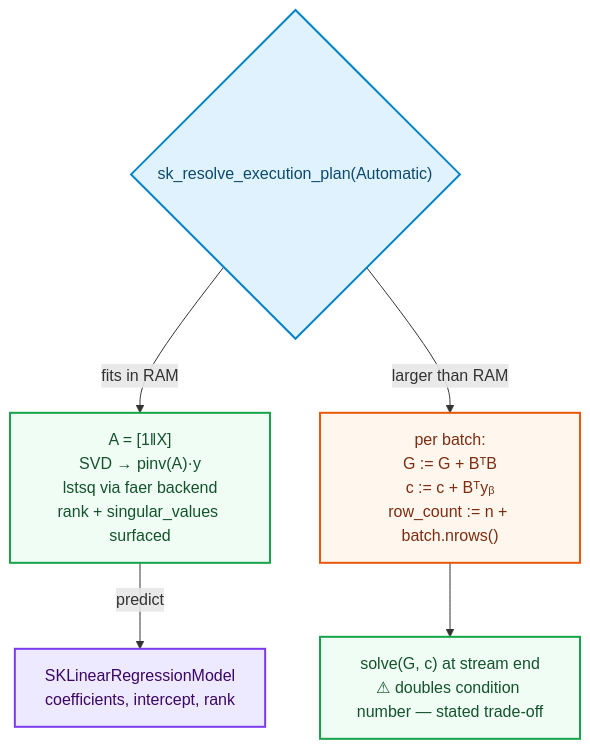
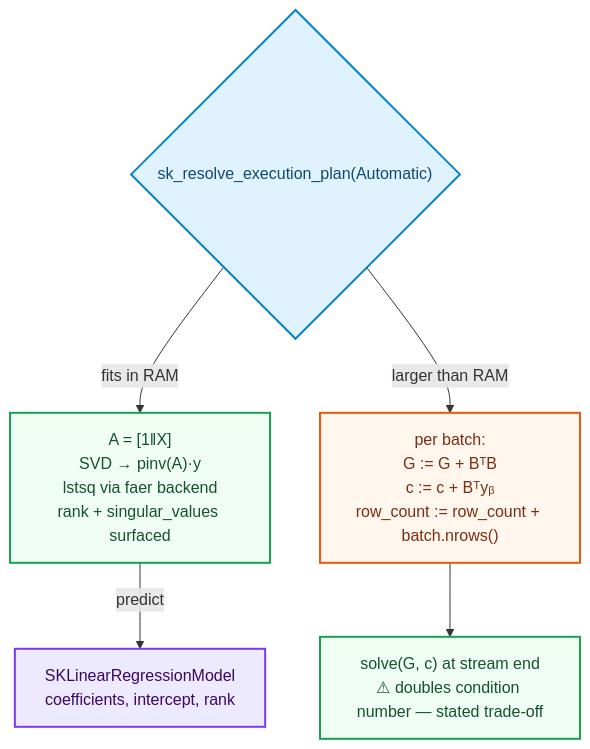
Before and after one commit to neurono-ml/sciencekit: the diagram in docs/src/tutorials/adding-a-linear-model.md, drawn with Mermaid. The commit also changed other lines of this file and 5 other files, not shown here.

````diff
--- a/docs/src/tutorials/adding-a-linear-model.md
+++ b/docs/src/tutorials/adding-a-linear-model.md
@@ -24,13 +25,13 @@
 ```mermaid
 flowchart TB
     classDef planNode fill:#e0f2fe,stroke:#0284c7,color:#0c4a6e,stroke-width:2px
     classDef jacNode fill:#f0fdf4,stroke:#16a34a,color:#14532d,stroke-width:2px
     classDef streamNode fill:#fff7ed,stroke:#ea580c,color:#7c2d12,stroke-width:2px
     classDef modelNode fill:#ede9fe,stroke:#7c3aed,color:#3b0764,stroke-width:2px
 
     Q{"sk_resolve_execution_plan(Automatic)"}:::planNode
     Q -->|"fits in RAM"| X["A = [1‖X]<br>SVD → pinv(A)·y<br>lstsq via faer backend<br>rank + singular_values surfaced"]:::jacNode
-    Q -->|"larger than RAM"| GR["per batch:<br>G := G + BᵀB<br>c := c + Bᵀyᵦ<br>row_count := n + batch.nrows()"]:::streamNode
+    Q -->|"larger than RAM"| GR["per batch:<br>G := G + BᵀB<br>c := c + Bᵀyᵦ<br>row_count := row_count + batch.nrows()"]:::streamNode
     GR --> END["solve(G, c) at stream end<br>⚠ doubles condition number — stated trade-off"]:::jacNode
     X -->|predict| St["SKLinearRegressionModel<br>coefficients, intercept, rank"]:::modelNode
 ```
````
